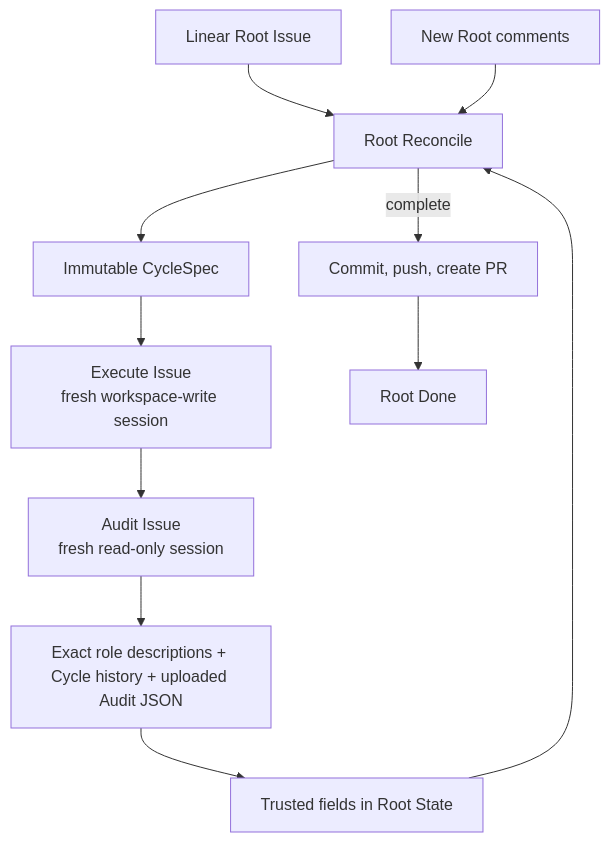
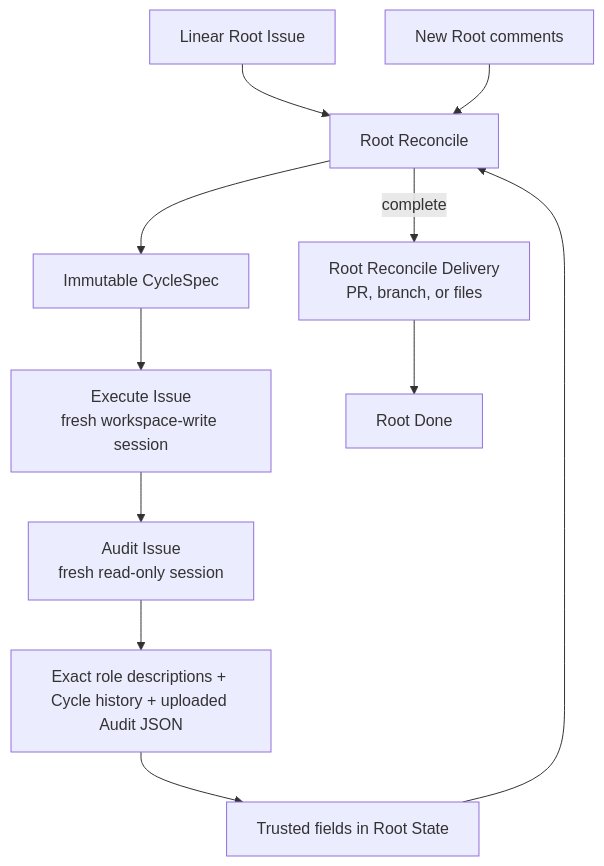
One commit to hallucination-studio/symphony changed the diagram in docs/architecture/README.md. Above: the diagram before and after it, drawn with Mermaid. The commit also changed other lines of this file and 34 other files, not shown here.

Commit message:
feat: move workspace and delivery ownership to root reconcile

````diff
--- a/docs/architecture/README.md
+++ b/docs/architecture/README.md
@@ -12,14 +12,14 @@
 ```mermaid
 %% source-rules: WF-TOPO-001 WF-TOPO-002 WF-TOPO-003 WF-ROUTE-006 WF-INBOX-004
 flowchart TD
   Root[Linear Root Issue] --> Reconcile[Root Reconcile]
   Reconcile --> Cycle[Immutable CycleSpec]
   Cycle --> Execute[Execute Issue<br/>fresh workspace-write session]
   Execute --> Audit[Audit Issue<br/>fresh read-only session]
   Audit --> Result[Exact role descriptions + Cycle history + uploaded Audit JSON]
   Result --> State[Trusted fields in Root State]
   State --> Reconcile
   Inbox[New Root comments] --> Reconcile
-  Reconcile -->|complete| PR[Commit, push, create PR]
-  PR --> Done[Root Done]
+  Reconcile -->|complete| Delivery[Root Reconcile Delivery<br/>PR, branch, or files]
+  Delivery --> Done[Root Done]
 ```
````
